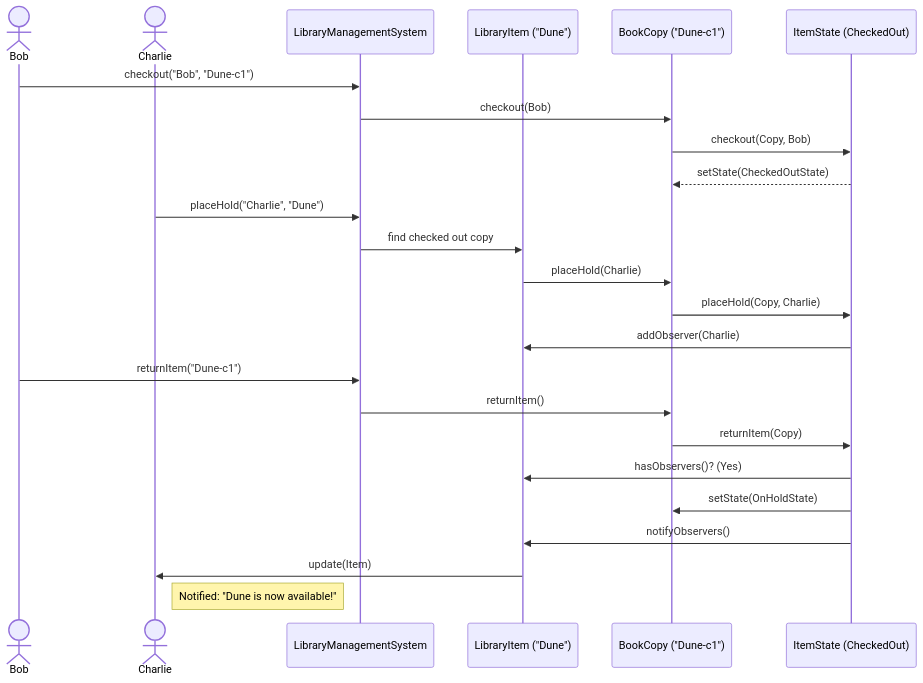
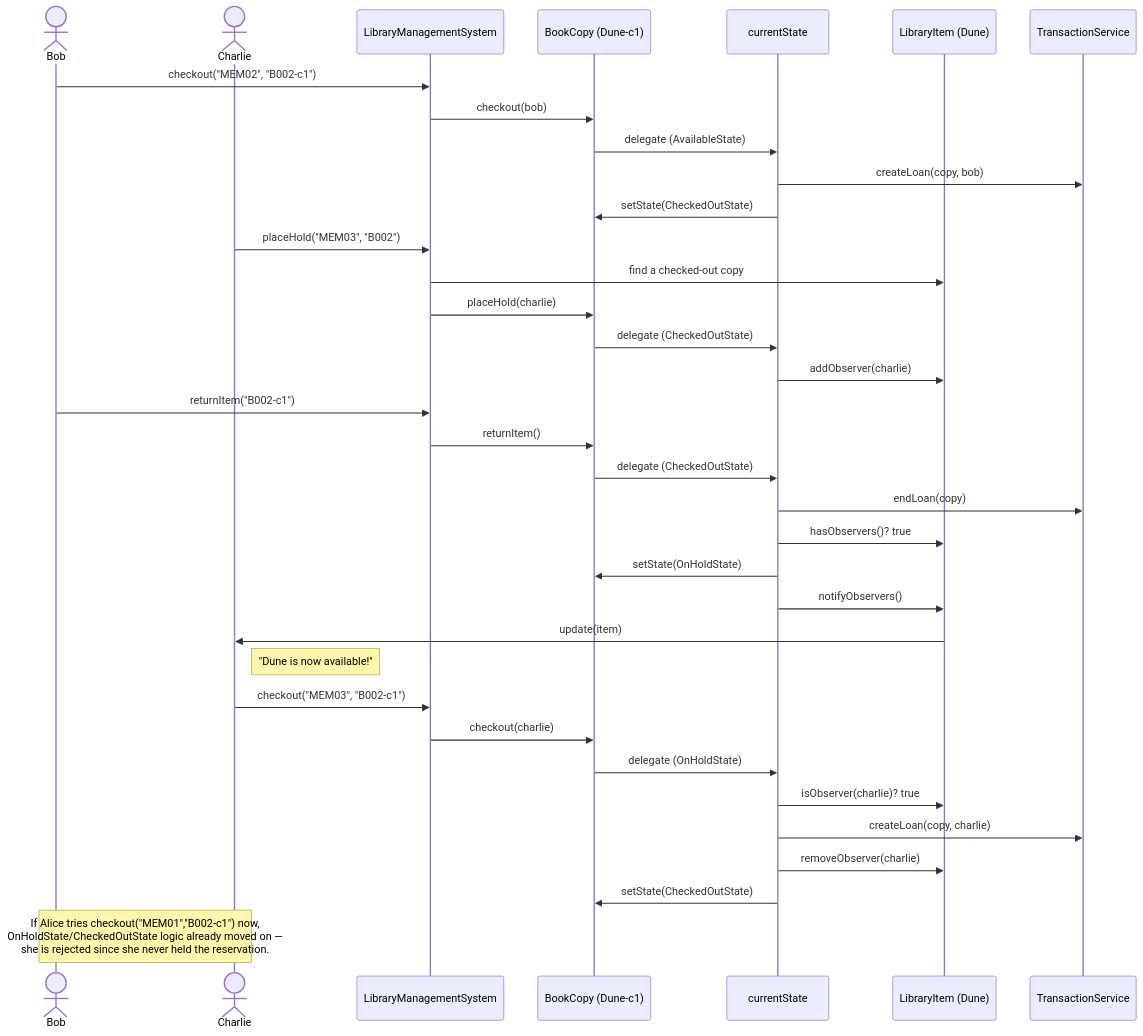
Before and after one commit to bhargavtenali/awesome-low-level-design: the third of 4 diagrams in solutions/java/src/librarymanagementsystem/LibraryManagementLLD.md, drawn with Mermaid. The commit also changed other lines of this file, not shown here.

Commit message:
added library notes

````diff
--- a/solutions/java/src/librarymanagementsystem/LibraryManagementLLD.md
+++ b/solutions/java/src/librarymanagementsystem/LibraryManagementLLD.md
@@ -82,36 +248,42 @@
 ```mermaid
 sequenceDiagram
     actor Bob
     actor Charlie
     participant LMS as LibraryManagementSystem
-    participant Item as LibraryItem ("Dune")
-    participant Copy as BookCopy ("Dune-c1")
-    participant State as ItemState (CheckedOut)
+    participant Copy as BookCopy (Dune-c1)
+    participant State as currentState
+    participant Item as LibraryItem (Dune)
+    participant TS as TransactionService
 
-    %% Bob checks out the book
-    Bob ->> LMS: checkout("Bob", "Dune-c1")
-    LMS ->> Copy: checkout(Bob)
-    Copy ->> State: checkout(Copy, Bob)
-    State -->> Copy: setState(CheckedOutState)
-    
-    %% Charlie places a hold
-    Charlie ->> LMS: placeHold("Charlie", "Dune")
-    LMS ->> Item: find checked out copy
-    Item ->> Copy: placeHold(Charlie)
-    Copy ->> State: placeHold(Copy, Charlie)
-    State ->> Item: addObserver(Charlie)
-    
-    %% Bob returns the book
-    Bob ->> LMS: returnItem("Dune-c1")
-    LMS ->> Copy: returnItem()
-    Copy ->> State: returnItem(Copy)
-    
-    %% Logic in CheckedOutState.returnItem()
-    State ->> Item: hasObservers()? (Yes)
-    State ->> Copy: setState(OnHoldState)
-    State ->> Item: notifyObservers()
-    
-    %% Observer Notification
-    Item ->> Charlie: update(Item)
-    Note right of Charlie: Notified: "Dune is now available!"
+    Bob->>LMS: checkout("MEM02", "B002-c1")
+    LMS->>Copy: checkout(bob)
+    Copy->>State: delegate (AvailableState)
+    State->>TS: createLoan(copy, bob)
+    State->>Copy: setState(CheckedOutState)
+
+    Charlie->>LMS: placeHold("MEM03", "B002")
+    LMS->>Item: find a checked-out copy
+    LMS->>Copy: placeHold(charlie)
+    Copy->>State: delegate (CheckedOutState)
+    State->>Item: addObserver(charlie)
+
+    Bob->>LMS: returnItem("B002-c1")
+    LMS->>Copy: returnItem()
+    Copy->>State: delegate (CheckedOutState)
+    State->>TS: endLoan(copy)
+    State->>Item: hasObservers()? true
+    State->>Copy: setState(OnHoldState)
+    State->>Item: notifyObservers()
+    Item->>Charlie: update(item)
+    Note right of Charlie: "Dune is now available!"
+
+    Charlie->>LMS: checkout("MEM03", "B002-c1")
+    LMS->>Copy: checkout(charlie)
+    Copy->>State: delegate (OnHoldState)
+    State->>Item: isObserver(charlie)? true
+    State->>TS: createLoan(copy, charlie)
+    State->>Item: removeObserver(charlie)
+    State->>Copy: setState(CheckedOutState)
+
+    Note over Bob,Charlie: If Alice tries checkout("MEM01","B002-c1") now,<br/>OnHoldState/CheckedOutState logic already moved on —<br/>she is rejected since she never held the reservation.
 ```
````
